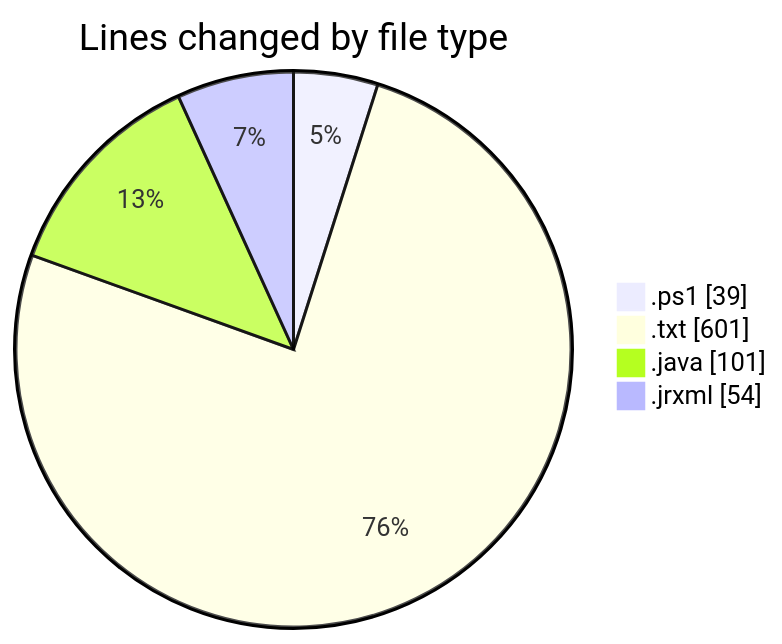
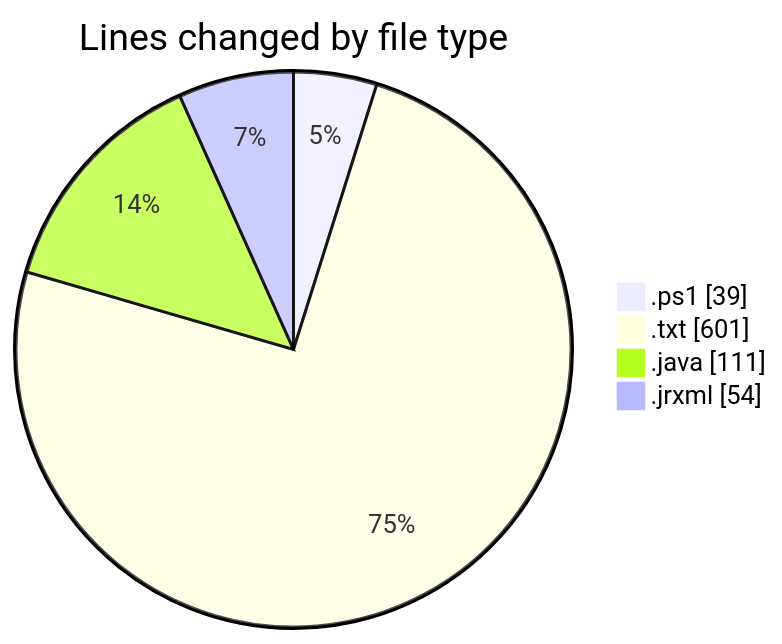
One commit to ricardozamudiocil/code-tracking changed the first of 2 diagrams in 2026-03-03/cilreports__workspace_/README.md. Above: the diagram before and after it, drawn with Mermaid. The commit also changed other lines of this file and 1 other file, not shown here.

````diff
--- a/2026-03-03/cilreports__workspace_/README.md
+++ b/2026-03-03/cilreports__workspace_/README.md
@@ -27,8 +27,8 @@
 ```mermaid
 pie showData
 title Lines changed by file type
 ".ps1" : 39
 ".txt" : 601
-".java" : 101
+".java" : 111
 ".jrxml" : 54
 ```
````
